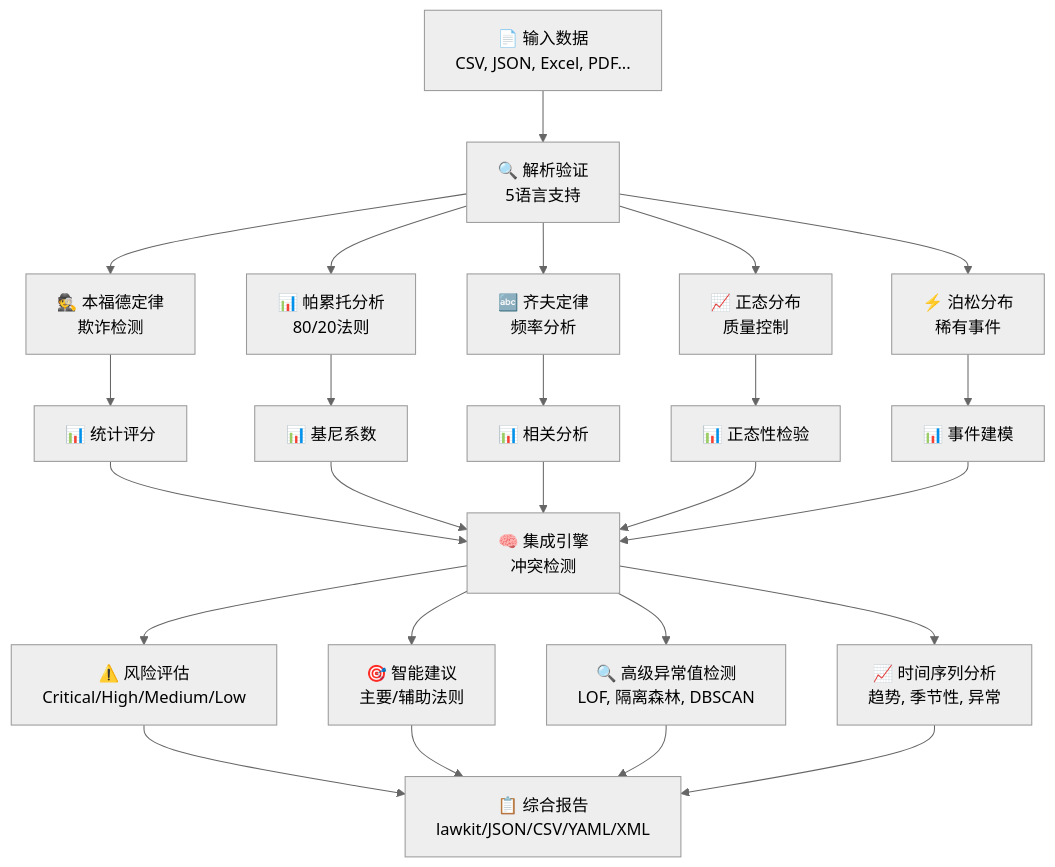
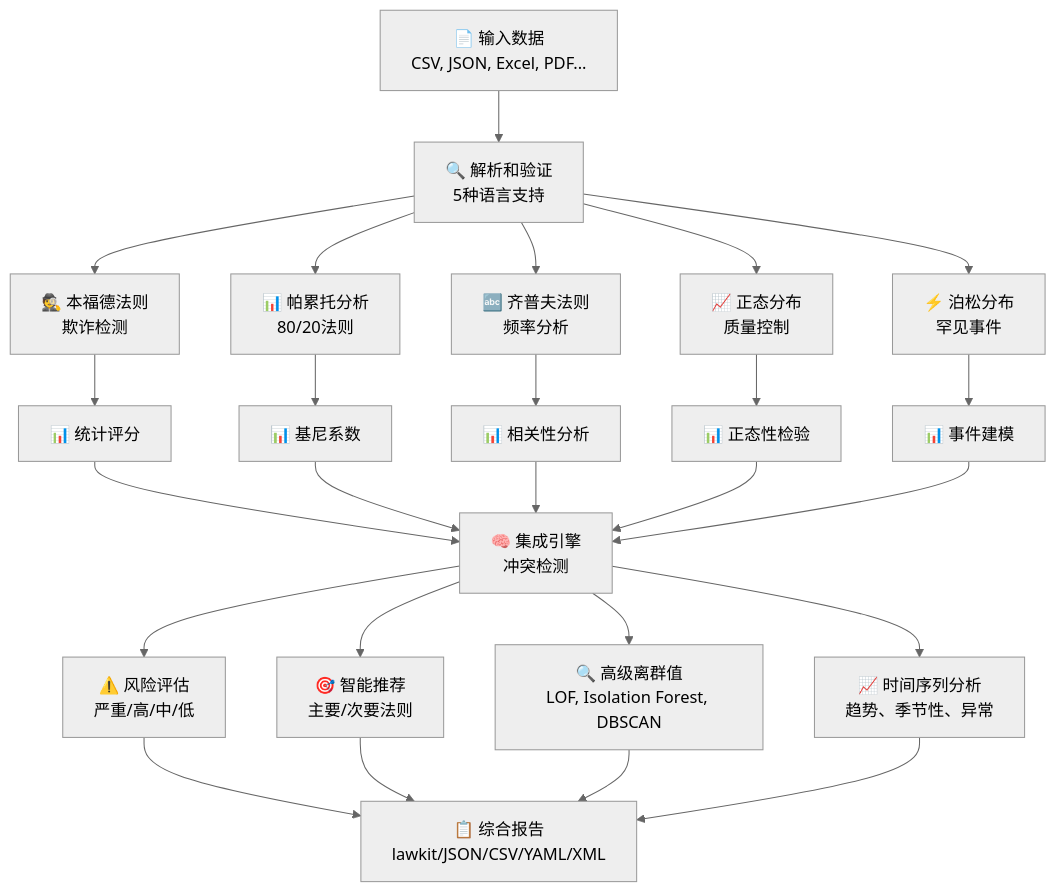
Before and after one commit to kako-jun/lawkit: the first of 3 diagrams in README_zh.md, drawn with Mermaid (neutral theme). The commit also changed other lines of this file and 39 other files, not shown here.

First line of the commit message:
update: Matrix 1 translation progress - completed architecture files

````diff
--- a/README_zh.md
+++ b/README_zh.md
@@ -164,32 +102,32 @@
 ```mermaid
 graph TB
-    A[📄 输入数据<br/>CSV, JSON, Excel, PDF...] --> B[🔍 解析验证<br/>5语言支持]
+    A[📄 输入数据<br/>CSV, JSON, Excel, PDF...] --> B[🔍 解析和验证<br/>5种语言支持]
     
-    B --> C1[🕵️ 本福德定律<br/>欺诈检测]
+    B --> C1[🕵️ 本福德法则<br/>欺诈检测]
     B --> C2[📊 帕累托分析<br/>80/20法则]
-    B --> C3[🔤 齐夫定律<br/>频率分析]
+    B --> C3[🔤 齐普夫法则<br/>频率分析]
     B --> C4[📈 正态分布<br/>质量控制]
-    B --> C5[⚡ 泊松分布<br/>稀有事件]
+    B --> C5[⚡ 泊松分布<br/>罕见事件]
     
     C1 --> D1[📊 统计评分]
     C2 --> D2[📊 基尼系数]
-    C3 --> D3[📊 相关分析]
+    C3 --> D3[📊 相关性分析]
     C4 --> D4[📊 正态性检验]
     C5 --> D5[📊 事件建模]
     
     D1 --> E[🧠 集成引擎<br/>冲突检测]
     D2 --> E
     D3 --> E
     D4 --> E
     D5 --> E
     
-    E --> F1[⚠️ 风险评估<br/>Critical/High/Medium/Low]
-    E --> F2[🎯 智能建议<br/>主要/辅助法则]
-    E --> F3[🔍 高级异常值检测<br/>LOF, 隔离森林, DBSCAN]
-    E --> F4[📈 时间序列分析<br/>趋势, 季节性, 异常]
+    E --> F1[⚠️ 风险评估<br/>严重/高/中/低]
+    E --> F2[🎯 智能推荐<br/>主要/次要法则]
+    E --> F3[🔍 高级离群值<br/>LOF, Isolation Forest, DBSCAN]
+    E --> F4[📈 时间序列分析<br/>趋势、季节性、异常]
     
     F1 --> G[📋 综合报告<br/>lawkit/JSON/CSV/YAML/XML]
     F2 --> G
     F3 --> G
     F4 --> G
 ```
````
